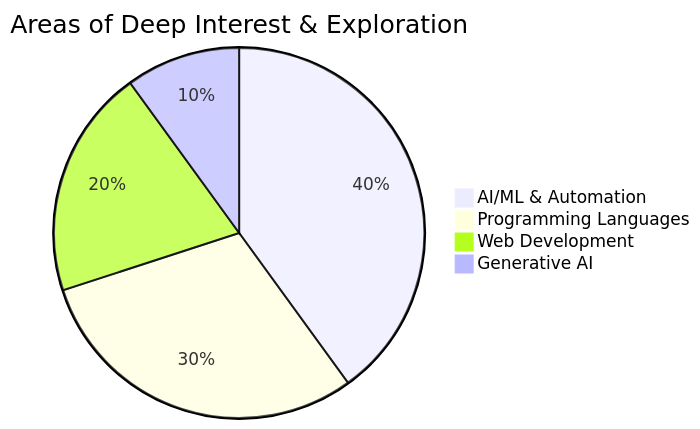
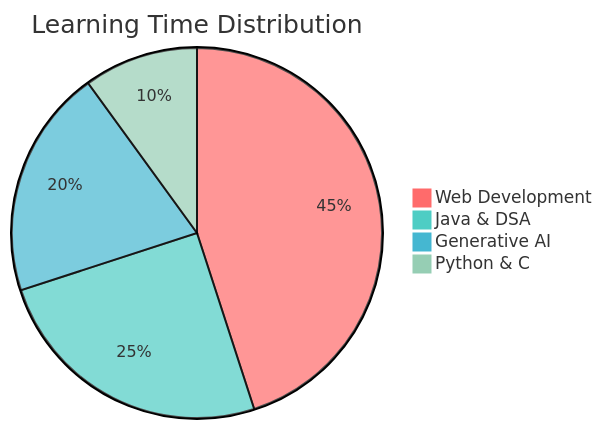
One commit to aditya25shah/aditya25shah changed the third of 4 diagrams in README.md. Above: the diagram before and after it, drawn with Mermaid. The commit also changed other lines of this file, not shown here.

````diff
--- a/README.md
+++ b/README.md
@@ -53,7 +115,8 @@
 ```mermaid
-pie title Areas of Deep Interest & Exploration
-    "AI/ML & Automation" : 40
-    "Programming Languages" : 30
-    "Web Development" : 20
-    "Generative AI" : 10
+%%{init: {'theme':'base', 'themeVariables': { 'pie1': '#ff6b6b', 'pie2': '#4ecdc4', 'pie3': '#45b7d1', 'pie4': '#96ceb4', 'pieSectionTextSize': '16px'}}}%%
+pie title Learning Time Distribution
+    "Web Development" : 45
+    "Java & DSA" : 25
+    "Generative AI" : 20
+    "Python & C" : 10
 ```
````
